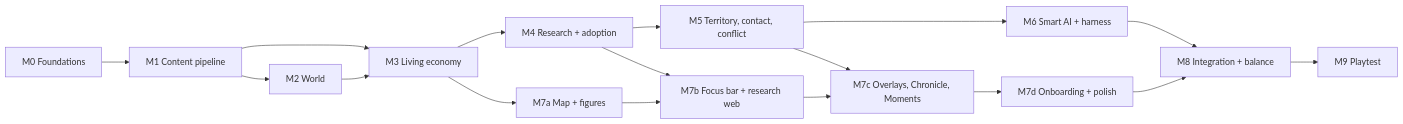
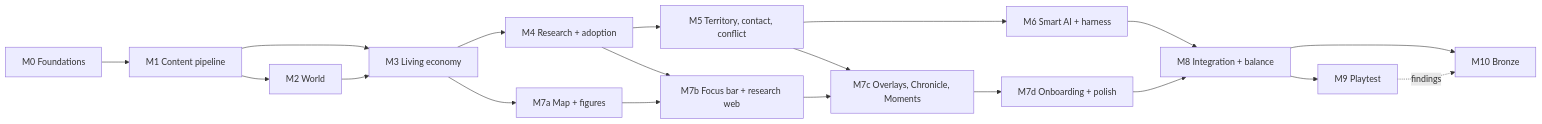
One commit to juchheim/civsim changed the diagram in docs/MVP/17-vertical-slice.md. Above: the diagram before and after it, drawn with Mermaid. The commit also changed other lines of this file and 148 other files, not shown here.

````diff
--- a/docs/MVP/17-vertical-slice.md
+++ b/docs/MVP/17-vertical-slice.md
@@ -63,17 +66,19 @@
 ```mermaid
 flowchart LR
     M0[M0 Foundations] --> M1[M1 Content pipeline]
     M1 --> M2[M2 World]
     M1 --> M3[M3 Living economy]
     M2 --> M3
     M3 --> M4[M4 Research + adoption]
     M3 --> M7a[M7a Map + figures]
     M4 --> M5[M5 Territory, contact, conflict]
     M5 --> M6[M6 Smart AI + harness]
     M4 --> M7b[M7b Focus bar + research web]
     M5 --> M7c[M7c Overlays, Chronicle, Moments]
     M7a --> M7b --> M7c --> M7d[M7d Onboarding + polish]
     M6 --> M8[M8 Integration + balance]
     M7d --> M8
     M8 --> M9[M9 Playtest]
+    M8 --> M10[M10 Bronze]
+    M9 -.->|findings| M10
 ```
````
